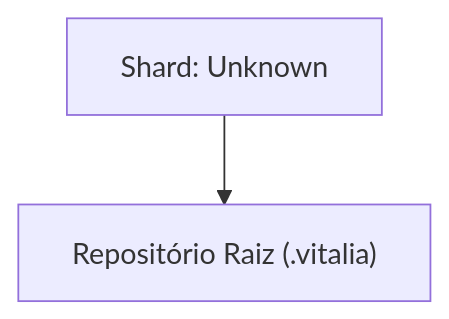
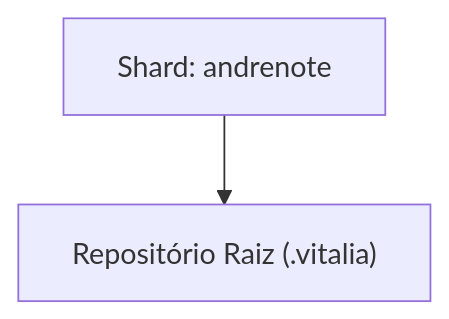
Before and after one commit to vitalia-platform/agente-local-context: the diagram in DASHBOARD.md, drawn with Mermaid. The commit also changed other lines of this file and 8 other files, not shown here.

````diff
--- a/DASHBOARD.md
+++ b/DASHBOARD.md
@@ -19,5 +20,5 @@
 ```mermaid
 graph TD
   Raiz["Repositório Raiz (.vitalia)"]
-  Unknown["Shard: Unknown"] --> Raiz
+  7f367bd3["Shard: andrenote"] --> Raiz
 ```
````
